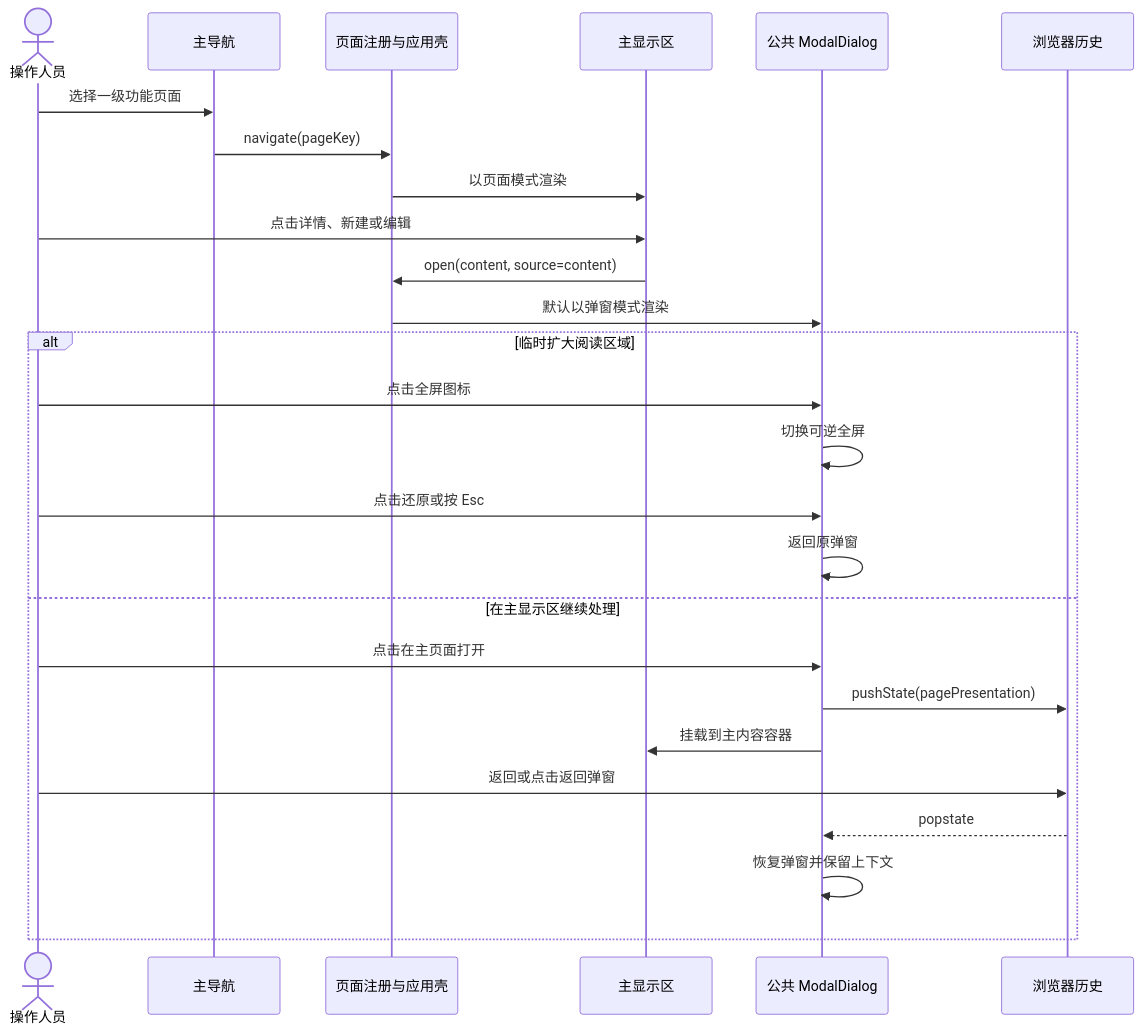
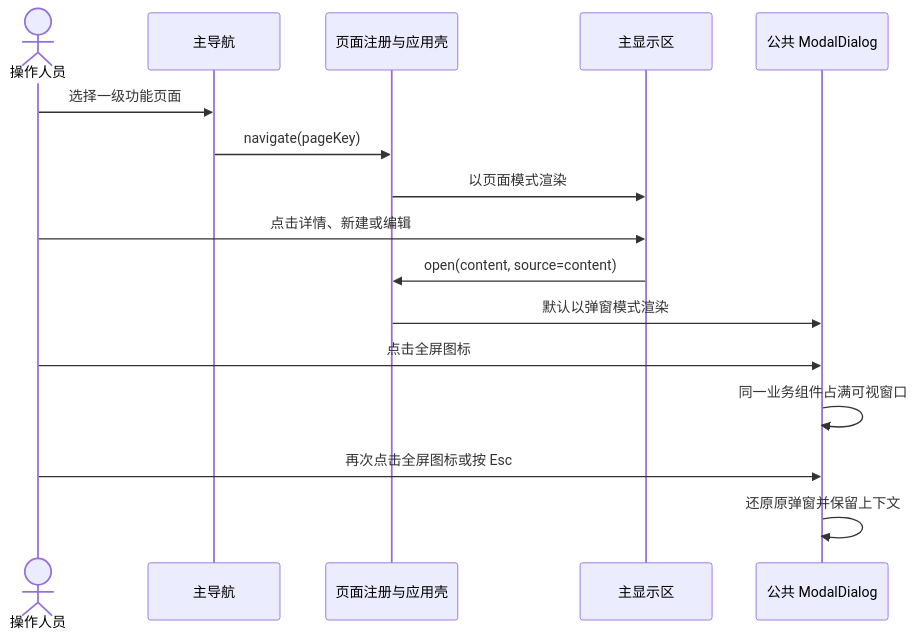
The first of 4 diagrams in docs/architecture/系统时序图.md (goldf2/mes-lite), drawn with Mermaid before and after one commit. The commit also changed other lines of this file and 28 other files, not shown here.

````diff
--- a/docs/architecture/系统时序图.md
+++ b/docs/architecture/系统时序图.md
@@ -7,30 +7,20 @@
 ```mermaid
 sequenceDiagram
   actor U as 操作人员
   participant N as 主导航
   participant H as 页面注册与应用壳
   participant P as 主显示区
   participant D as 公共 ModalDialog
-  participant B as 浏览器历史
 
   U->>N: 选择一级功能页面
   N->>H: navigate(pageKey)
   H->>P: 以页面模式渲染
 
   U->>P: 点击详情、新建或编辑
   P->>H: open(content, source=content)
   H->>D: 默认以弹窗模式渲染
-  alt 临时扩大阅读区域
-    U->>D: 点击全屏图标
-    D->>D: 切换可逆全屏
-    U->>D: 点击还原或按 Esc
-    D->>D: 返回原弹窗
-  else 在主显示区继续处理
-    U->>D: 点击在主页面打开
-    D->>B: pushState(pagePresentation)
-    D->>P: 挂载到主内容容器
-    U->>B: 返回或点击返回弹窗
-    B-->>D: popstate
-    D->>D: 恢复弹窗并保留上下文
-  end
+  U->>D: 点击全屏图标
+  D->>D: 同一业务组件占满可视窗口
+  U->>D: 再次点击全屏图标或按 Esc
+  D->>D: 还原原弹窗并保留上下文
 ```
````
